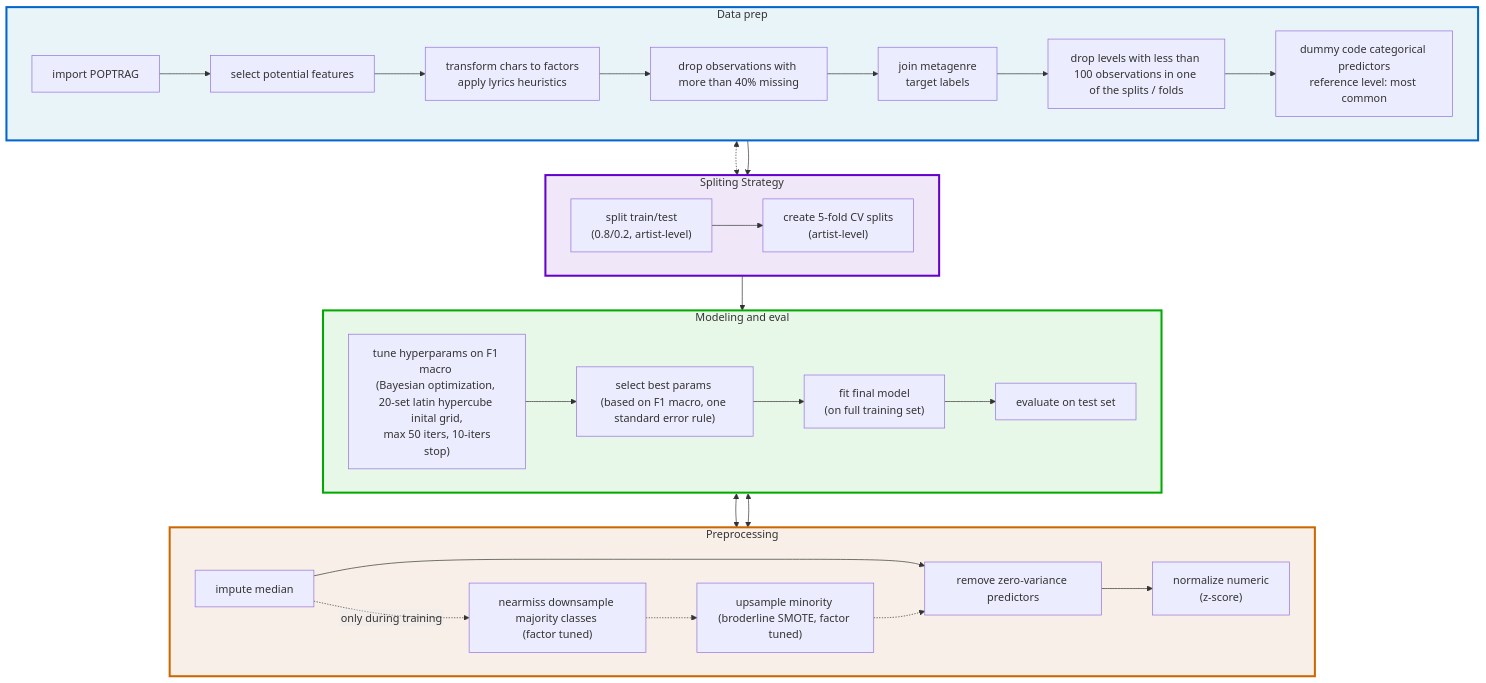
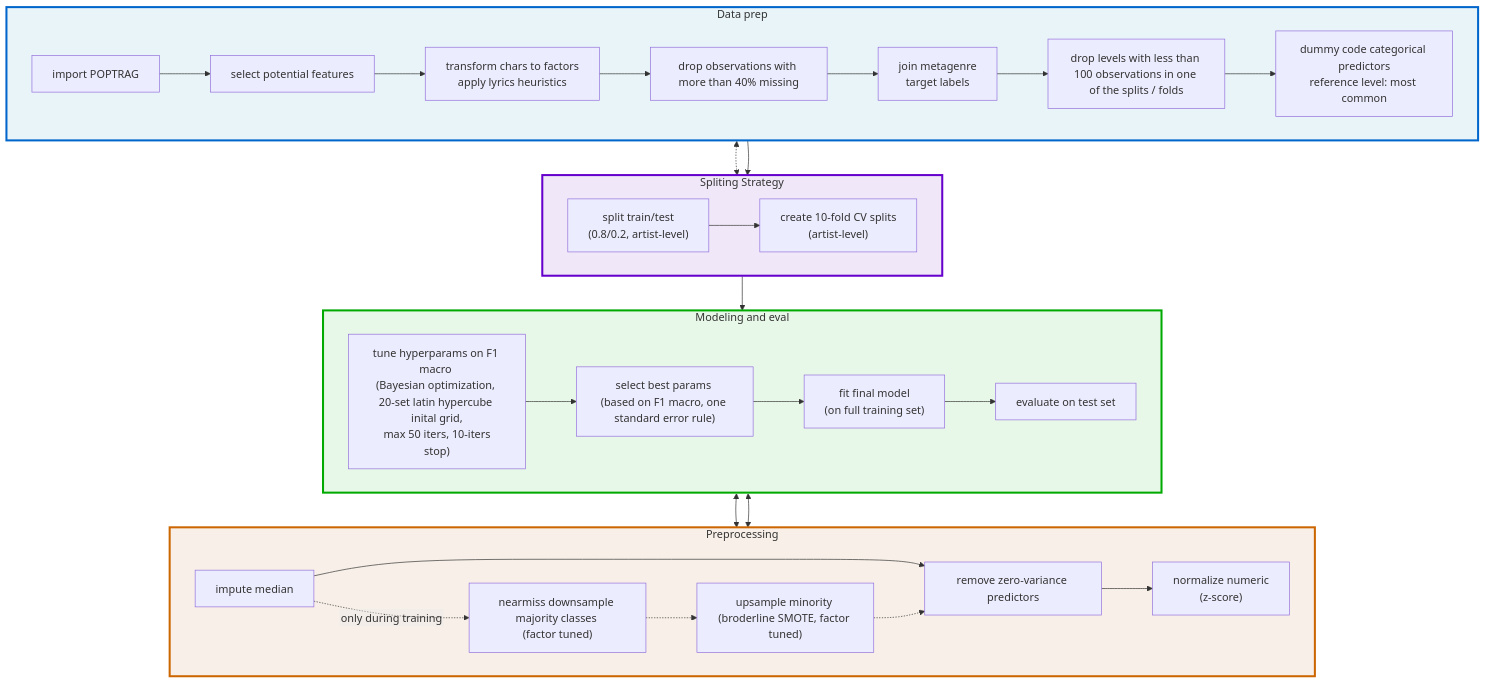
The diagram in inst/05_classifier.qmd (markusradke/GenreDiscourseAnalysis), drawn with Mermaid before and after one commit. The commit also changed 5 other files, not shown here.

Commit message:
add tests for clean factor level, compare metagenre dist, create class model recipe, remove old data class prep tests

````diff
--- a/inst/05_classifier.qmd
+++ b/inst/05_classifier.qmd
@@ -65,68 +65,68 @@
 ```{mermaid}
 %%{init: {
   'flowchart': {
     'useMaxWidth': true,
     'htmlLabels': false
   }
 }}%%
 
 flowchart TB
  subgraph Data["Data prep"]
     direction LR
         import["import POPTRAG"]
         select["select potential features"]
         transform["transform chars to factors </br> apply lyrics heuristics"]
         casewise["drop observations with more than 40% missing"]
         target["join metagenre </br>target labels"]
         minn["drop levels with less than 100 observations in one of the splits / folds"]
         dummy["dummy code categorical predictors</br>reference level: most common"]
   end
  subgraph Split["Spliting Strategy"]
     direction LR
         testtrain["split train/test <br> (0.8/0.2, artist-level)"]
-        cvfold["create 5-fold CV splits </br>(artist-level)"]
+        cvfold["create 10-fold CV splits </br>(artist-level)"]
   end
  subgraph Pre["Preprocessing"]
     direction LR
         impute["impute median"]
         down["nearmiss downsample majority classes </br>(factor tuned)"]
         up["upsample minority </br>(broderline SMOTE, factor tuned)"]
         rmzv["remove zero-variance predictors"]
         normalize["normalize numeric </br>(z-score)"]
   end
  subgraph Model["Modeling and eval"]
     direction LR
         tune["tune hyperparams on F1 macro </br>(Bayesian optimization, </br>20-set latin hypercube inital grid,</br> max 50 iters, 10-iters stop)"]
         best["select best params </br>(based on F1 macro, one standard error rule)"]
         finalfit["fit final model </br>(on full training set)"]
         evaluate["evaluate on test set"]
   end
     import --> select
     select --> transform
     transform --> casewise
     casewise --> target
     target --> minn
     minn --> dummy
     minn <-.-> Split
 
     testtrain --> cvfold
 
     impute -. only during training .-> down
     impute --> rmzv
     down -.-> up
     up -.-> rmzv
     rmzv --> normalize
     tune --> best
     tune <--> Pre
     best --> finalfit
     finalfit --> evaluate
     evaluate <--> Pre
     dummy --> Split
     Split --> Model
 
     style Pre fill:#f8f0e8,stroke:#cc6600,stroke-width:3px,color:#000
     style Data fill:#e8f4f8,stroke:#0066cc,stroke-width:3px,color:#000
     style Split fill:#f0e8f8,stroke:#6600cc,stroke-width:3px,color:#000
     style Model fill:#e8f8e8,stroke:#00aa00,stroke-width:3px,color:#000
   
 ```
````
